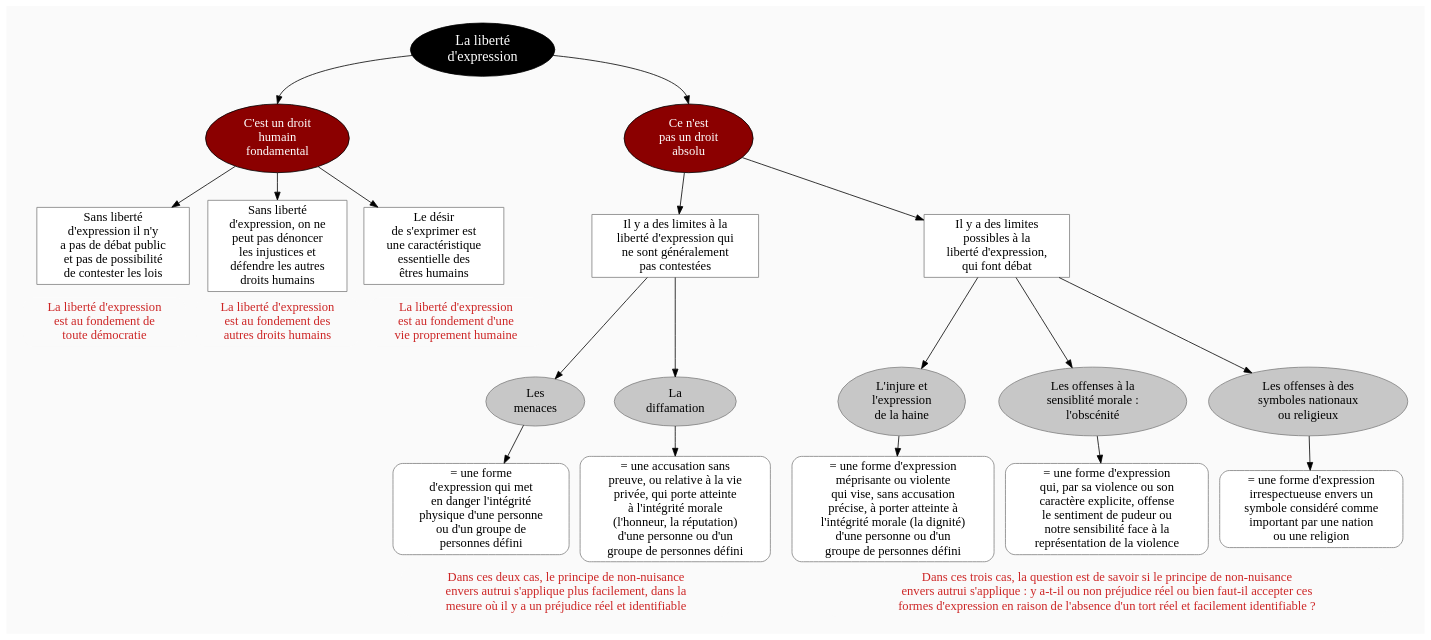
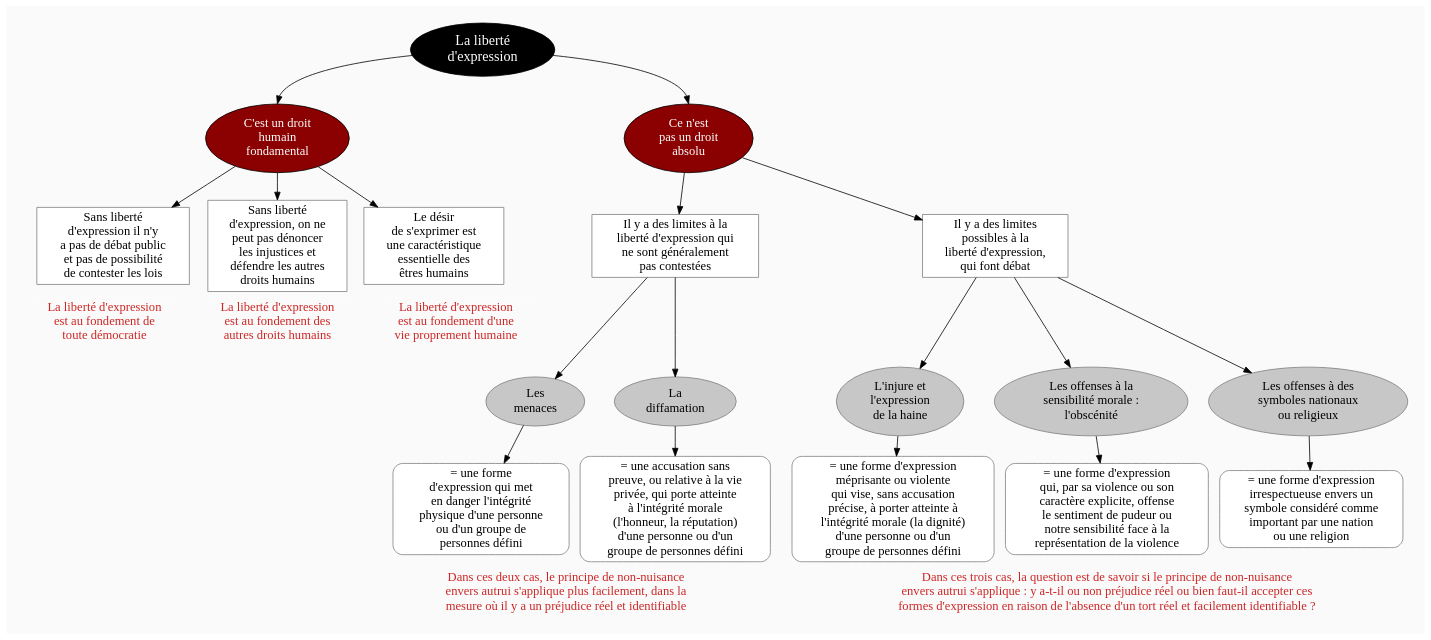
One commit to eyssette/graphviz-examples changed the diagram in diagram/liberte-expression-v1.dot. Above: the diagram before and after it, drawn with Graphviz.

```diff
--- a/diagram/liberte-expression-v1.dot
+++ b/diagram/liberte-expression-v1.dot
@@ -1,187 +1,187 @@
 digraph G {
 // Template : diagram
 // Usage :
 //rankdir=LR
 splines=true
 //splines=curved
 bgcolor=grey98
 pad=0.3
 style=filled
 edge[minlen=4]
 node[style=filled, fontcolor=white]
 ranksep=0.1
 nodesep=0.2
 
 // NIVEAU 1
 node[fillcolor=12, fontsize=18]
 a1[label="La liberté
 d'expression"]
 
 // NIVEAU 2
 node[fillcolor=red4, fontsize=16]
 a1->{
 b1[label="C'est un droit
 humain
 fondamental"]    
 b2[label="Ce n'est
 pas un droit
 absolu"]
 }[headport=n]
 
 {rank=same;b1->b2[style=invis, minlen=25]}
 
 node[fontcolor=black]
 // NIVEAU 3 (sans intermédiaire)
 node [shape=box, fillcolor=white, color=grey50]
 // c1[label=""]
 b1->{c1,c2,c3}
 c1[label="Sans liberté
 d'expression il n'y
 a pas de débat public
 et pas de possibilité
 de contester les lois"]
 c2[label="Sans liberté
 d'expression, on ne
 peut pas dénoncer
 les injustices et
 défendre les autres
 droits humains"]
 c3[label="Le désir
 de s'exprimer est
 une caractéristique
 essentielle des
 êtres humains"]
 
 
 b2->{c4,c5}
 c4[label="Il y a des limites à la
 liberté d'expression qui
 ne sont généralement
 pas contestées"]
 c5[label="Il y a des limites
 possibles à la
 liberté d'expression,
 qui font débat"]
 
 {rank=same;c3->c4[style=invis, minlen=8]}
 
 
 // INTERMÉDIAIRE AVANT NIVEAU 3
 node[fillcolor=grey78, shape=oval]
 // [arrowhead=none]
 // bc1[label=""]
 
 
 
 
 c4->{bc1,bc2}
 bc1[label="Les
 menaces"]
 bc2[label="La
 diffamation"]
 
 c5->{bc3,bc4,bc5}
 bc3[label="L'injure et
 l'expression
 de la haine"]
 bc4[label="Les offenses à la
-sensiblité morale :
+sensibilité morale :
 l'obscénité"]
 bc5[label="Les offenses à des
 symboles nationaux
 ou religieux"]
 
 // {rank=same;bc2->bc3[style=invis, minlen=4]}
 
 // NIVEAU 3 (avec intermédiaire)
 node[fillcolor=white, shape=box, color=grey50]
 // c1[label=""]
 
 // NIVEAU 4
 node[style="filled,rounded", fillcolor=white, shape=box, color=grey50]
 // d1[label=""]
 
 bc1->d1[minlen=3]
 d1[label="= une forme
 d'expression qui met
 en danger l'intégrité
 physique d'une personne
 ou d'un groupe de
 personnes défini"]
 
 bc2->d2[minlen=3]
 d2[label="= une accusation sans
 preuve, ou relative à la vie
 privée, qui porte atteinte
 à l'intégrité morale
 (l'honneur, la réputation)
 d'une personne ou d'un
 groupe de personnes défini"]
 
 bc3->d3[minlen=3]
 d3[label="= une forme d'expression
 méprisante ou violente
 qui vise, sans accusation
 précise, à porter atteinte à
 l'intégrité morale (la dignité)
 d'une personne ou d'un
 groupe de personnes défini"]
 
 bc4->d4[minlen=3]
 d4[label="= une forme d'expression
 qui, par sa violence ou son
 caractère explicite, offense
 le sentiment de pudeur ou
 notre sensibilité face à la
 représentation de la violence"]
 
 bc5->d5[minlen=3]
 d5[label="= une forme d'expression
 irrespectueuse envers un
 symbole considéré comme
 important par une nation
 ou une religion"]
 
 {rank=same;d2->d3[style=invis, minlen=2]}
 
 
 // ÉTIQUETTES EN ROUGE
 node[shape=plaintext, fontcolor=firebrick3, fillcolor=grey98]
 // e1[label=< <B>= Titre</B><BR /><BR />Contenu<BR /> >]
 // e1[label=""]
 // ->e1[minlen=1, style=invis]
 
 e1[label="La liberté d'expression
 est au fondement de
 toute démocratie"]
 c1->e1[minlen=1, style=invis]
 
 e2[label="La liberté d'expression
 est au fondement des
 autres droits humains"]
 c2->e2[minlen=1, style=invis]
 
 e3[label="La liberté d'expression
 est au fondement d'une
 vie proprement humaine"]
 c3->e3[minlen=1, style=invis]
 
 e4[label="Dans ces deux cas, le principe de non-nuisance
 envers autrui s'applique plus facilement, dans la
 mesure où il y a un préjudice réel et identifiable"]
 {d1,d2}->e4[minlen=1, style=invis]
 
 e5[label="Dans ces trois cas, la question est de savoir si le principe de non-nuisance
 envers autrui s'applique : y a-t-il ou non préjudice réel ou bien faut-il accepter ces
 formes d'expression en raison de l'absence d'un tort réel et facilement identifiable ?"]
 {d3,d4,d5}->e5[minlen=1, style=invis]
 
 
 // REMARQUES EN BLEU
 node[color=blue, shape=box, margin=0.07, fontcolor=black, fontsize=12, style="dashed", penwidth=0.6]
 edge[color=blue, arrowhead="none", xlabel="", style="dashed", penwidth=0.6]
 // r1[label=""]
 // {rank=same;->r1}
 // {rank=same;r1->[dir=back]}
 
 }
```
